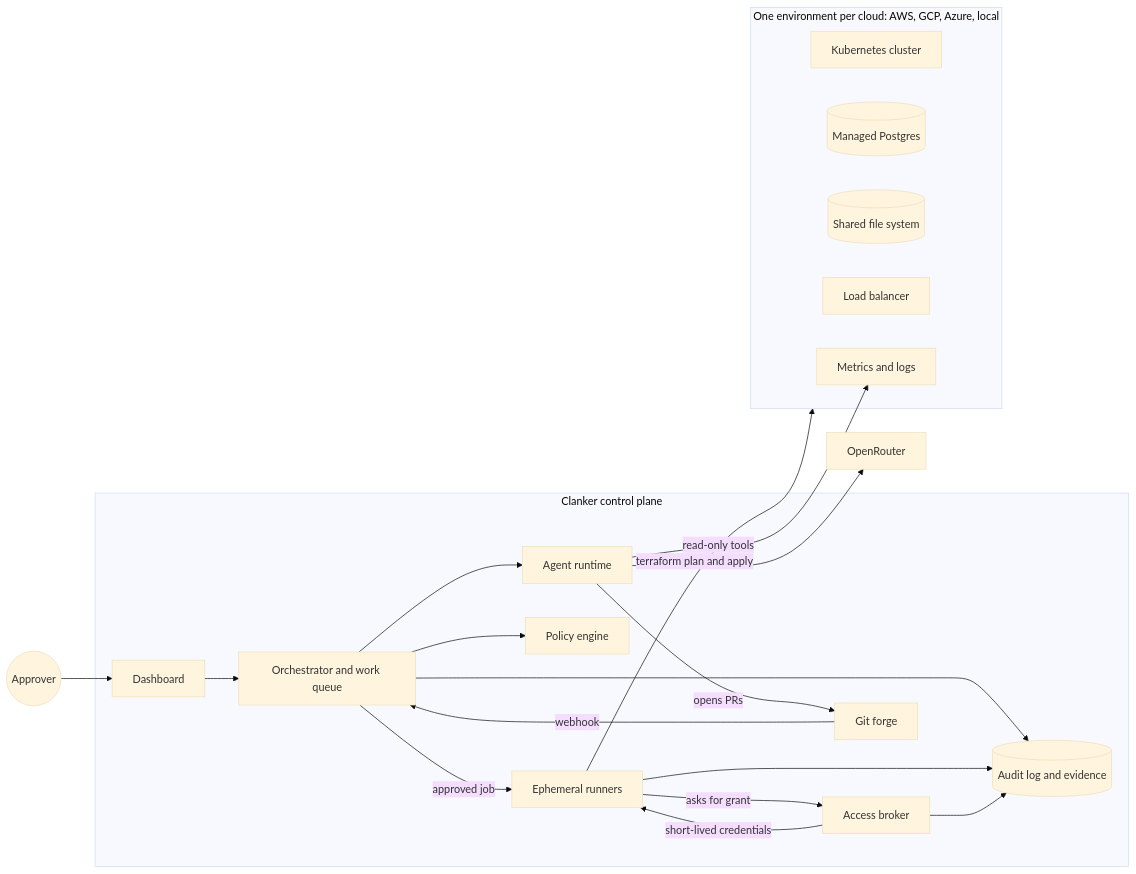
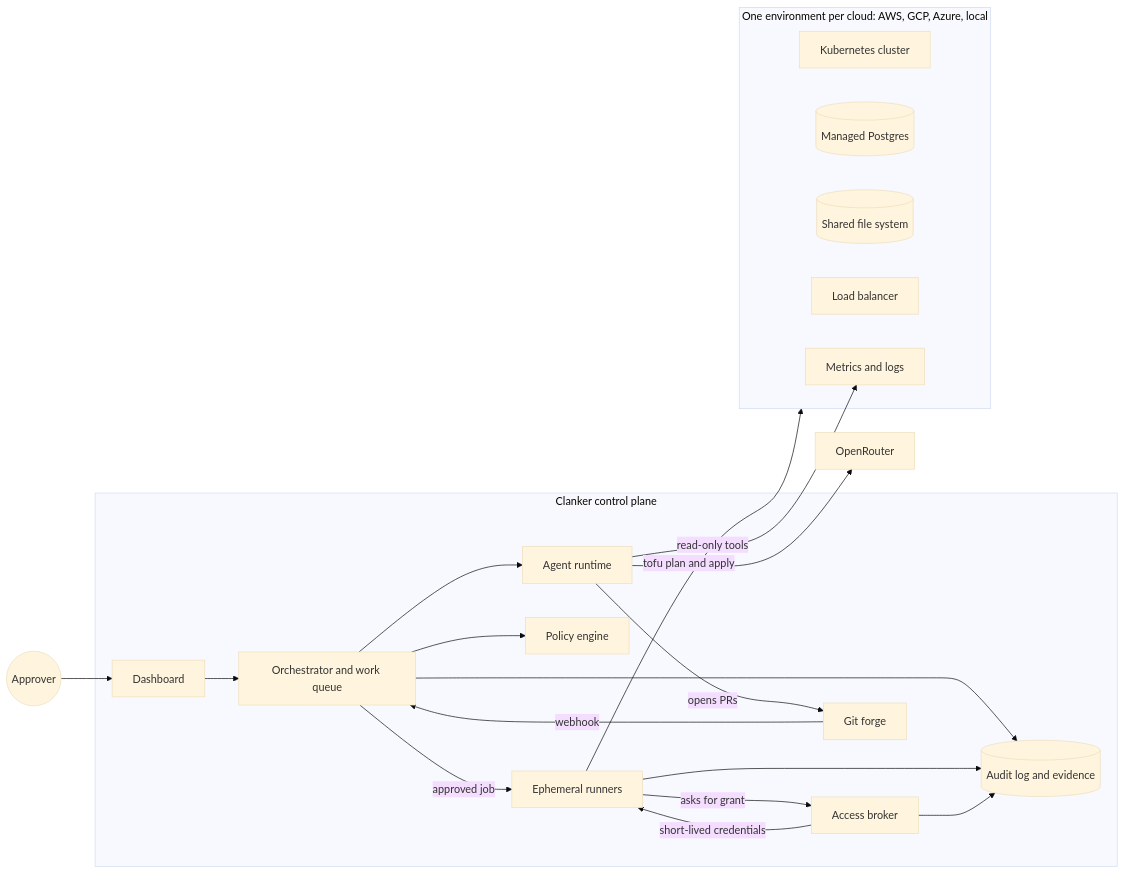
Before and after one commit to statik/site-reliability-clanker: the first of 2 diagrams in docs/PLAN.md, drawn with Mermaid (base theme). The commit also changed other lines of this file and 1 other file, not shown here.

First line of the commit message:
Plan: Carbon UI, timeline and topology views, notifications, OpenTofu

````diff
--- a/docs/PLAN.md
+++ b/docs/PLAN.md
@@ -44,35 +44,35 @@
 ```mermaid
 flowchart LR
   subgraph CP["Clanker control plane"]
     UI[Dashboard]
     API[Orchestrator and work queue]
     AG[Agent runtime]
     POL[Policy engine]
     BR[Access broker]
     RUN[Ephemeral runners]
     FORGE[Git forge]
     AUD[(Audit log and evidence)]
   end
   OR[OpenRouter]
   H((Approver))
   subgraph ENV["One environment per cloud: AWS, GCP, Azure, local"]
     K8S[Kubernetes cluster]
     PG[(Managed Postgres)]
     FS[(Shared file system)]
     LB[Load balancer]
     OBS[Metrics and logs]
   end
   H --> UI --> API
   API --> AG --> OR
   AG -- opens PRs --> FORGE
   FORGE -- webhook --> API
   API --> POL
   API -- approved job --> RUN
   RUN -- asks for grant --> BR
   BR -- short-lived credentials --> RUN
-  RUN -- terraform plan and apply --> ENV
+  RUN -- tofu plan and apply --> ENV
   AG -- read-only tools --> OBS
   API --> AUD
   RUN --> AUD
   BR --> AUD
 ```
````
